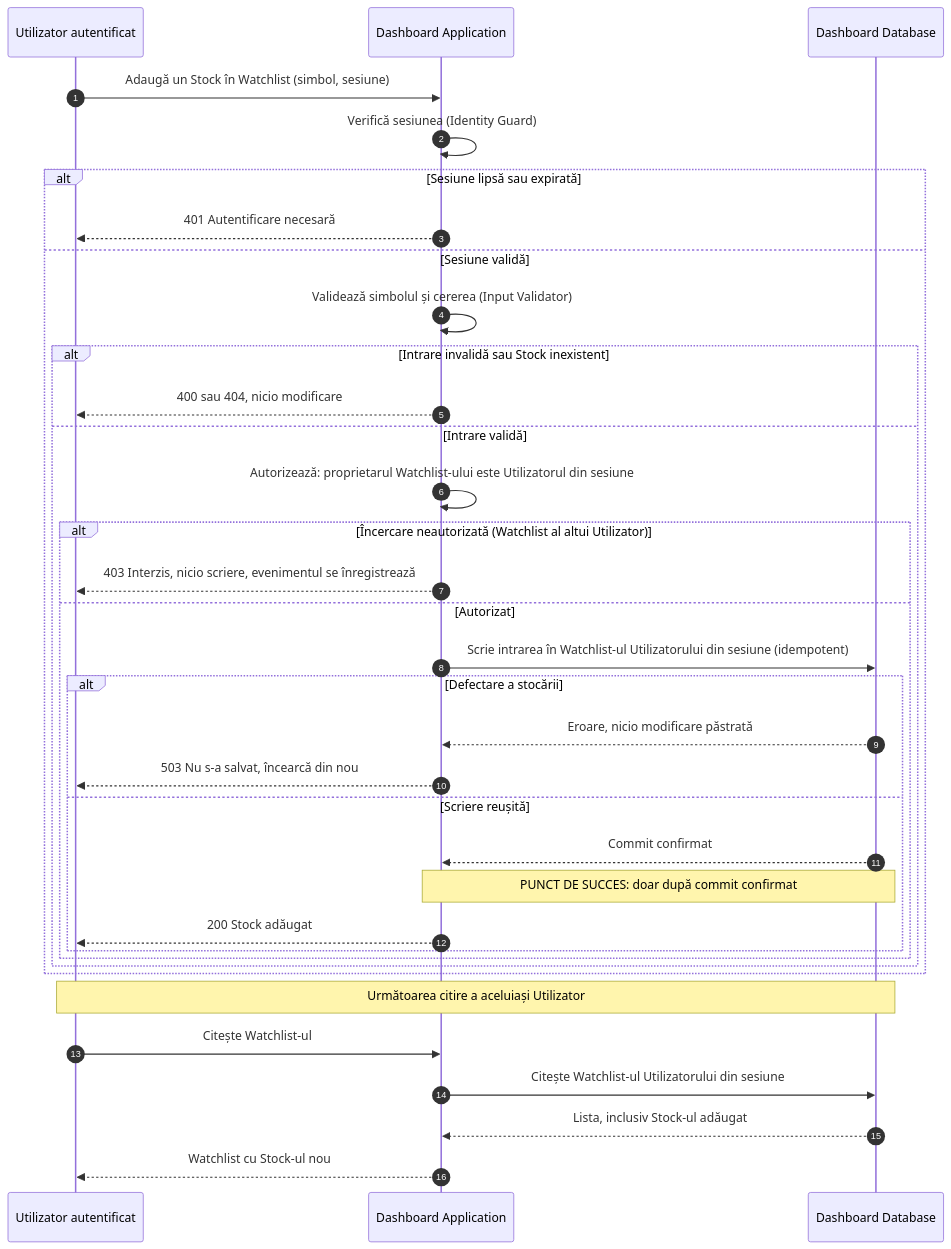
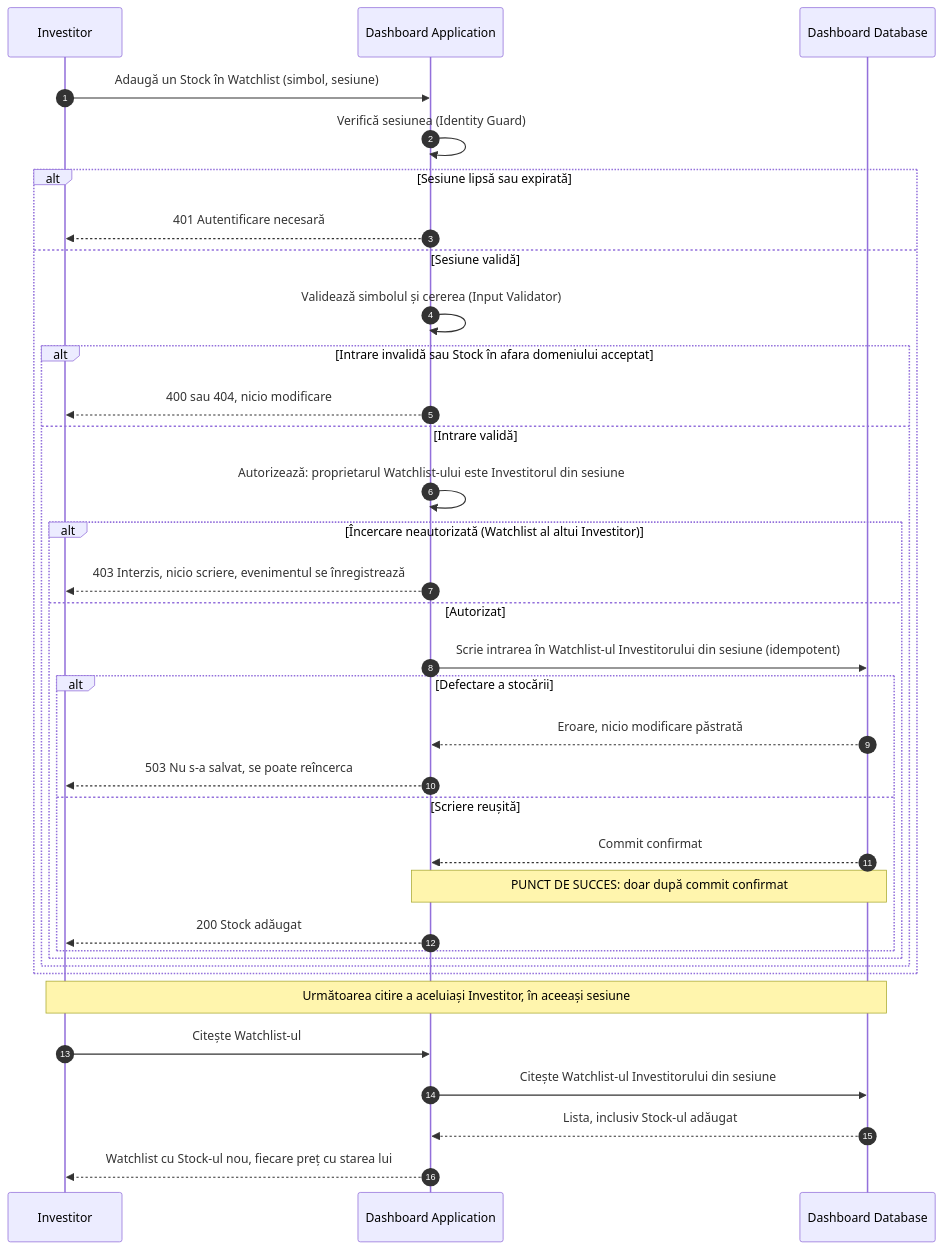
One commit to DucaAleXD/Proiectarea-sistemelor-informatice changed the sixth of 6 diagrams in Sd/lab3/solution.md. Above: the diagram before and after it, drawn with Mermaid. The commit also changed other lines of this file, not shown here.

````diff
--- a/Sd/lab3/solution.md
+++ b/Sd/lab3/solution.md
@@ -237,43 +202,43 @@
 ```mermaid
 sequenceDiagram
     autonumber
-    participant User as Utilizator autentificat
+    participant Investitor as Investitor
     participant App as Dashboard Application
     participant DB as Dashboard Database
 
-    User->>App: Adaugă un Stock în Watchlist (simbol, sesiune)
+    Investitor->>App: Adaugă un Stock în Watchlist (simbol, sesiune)
     App->>App: Verifică sesiunea (Identity Guard)
 
     alt Sesiune lipsă sau expirată
-        App-->>User: 401 Autentificare necesară
+        App-->>Investitor: 401 Autentificare necesară
     else Sesiune validă
         App->>App: Validează simbolul și cererea (Input Validator)
 
-        alt Intrare invalidă sau Stock inexistent
-            App-->>User: 400 sau 404, nicio modificare
+        alt Intrare invalidă sau Stock în afara domeniului acceptat
+            App-->>Investitor: 400 sau 404, nicio modificare
         else Intrare validă
-            App->>App: Autorizează: proprietarul Watchlist-ului este Utilizatorul din sesiune
+            App->>App: Autorizează: proprietarul Watchlist-ului este Investitorul din sesiune
 
-            alt Încercare neautorizată (Watchlist al altui Utilizator)
-                App-->>User: 403 Interzis, nicio scriere, evenimentul se înregistrează
+            alt Încercare neautorizată (Watchlist al altui Investitor)
+                App-->>Investitor: 403 Interzis, nicio scriere, evenimentul se înregistrează
             else Autorizat
-                App->>DB: Scrie intrarea în Watchlist-ul Utilizatorului din sesiune (idempotent)
+                App->>DB: Scrie intrarea în Watchlist-ul Investitorului din sesiune (idempotent)
 
                 alt Defectare a stocării
                     DB-->>App: Eroare, nicio modificare păstrată
-                    App-->>User: 503 Nu s-a salvat, încearcă din nou
+                    App-->>Investitor: 503 Nu s-a salvat, se poate reîncerca
                 else Scriere reușită
                     DB-->>App: Commit confirmat
                     Note over App,DB: PUNCT DE SUCCES: doar după commit confirmat
-                    App-->>User: 200 Stock adăugat
+                    App-->>Investitor: 200 Stock adăugat
                 end
             end
         end
     end
 
-    Note over User,DB: Următoarea citire a aceluiași Utilizator
-    User->>App: Citește Watchlist-ul
-    App->>DB: Citește Watchlist-ul Utilizatorului din sesiune
+    Note over Investitor,DB: Următoarea citire a aceluiași Investitor, în aceeași sesiune
+    Investitor->>App: Citește Watchlist-ul
+    App->>DB: Citește Watchlist-ul Investitorului din sesiune
     DB-->>App: Lista, inclusiv Stock-ul adăugat
-    App-->>User: Watchlist cu Stock-ul nou
+    App-->>Investitor: Watchlist cu Stock-ul nou, fiecare preț cu starea lui
 ```
````
